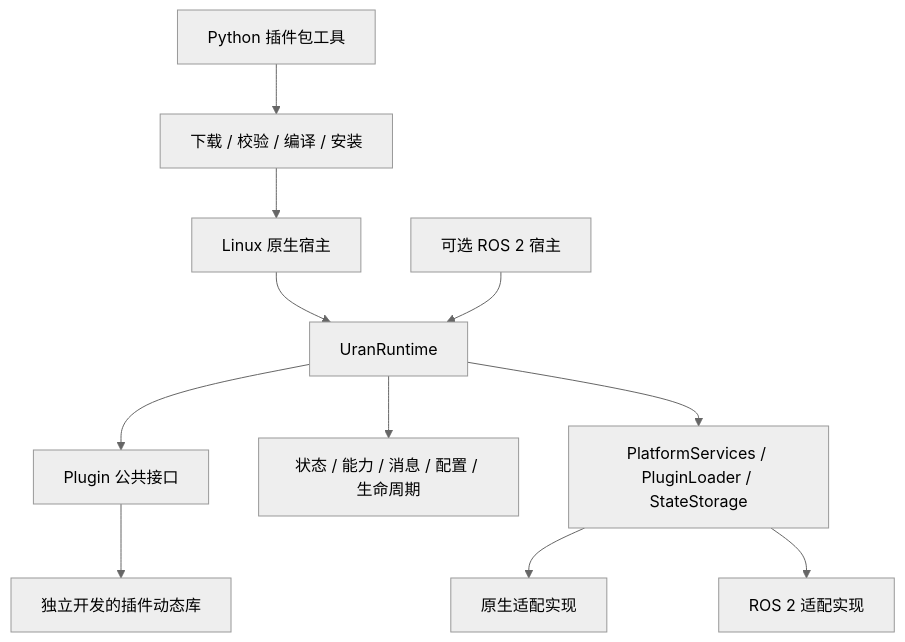
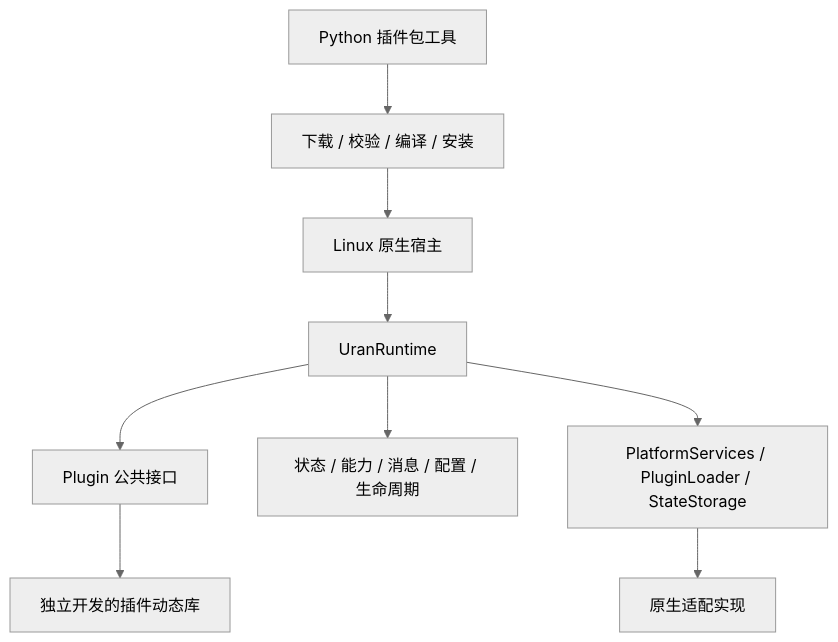
One commit to bi-zx/uran_framework changed the diagram in README.md. Above: the diagram before and after it, drawn with Mermaid (neutral theme). The commit also changed other lines of this file and 70 other files, not shown here.

````diff
--- a/README.md
+++ b/README.md
@@ -7,13 +7,11 @@
 ```mermaid
 flowchart TB
   N[Linux 原生宿主] --> R[UranRuntime]
-  ROS[可选 ROS 2 宿主] --> R
   R --> P[Plugin 公共接口]
   R --> S[状态 / 能力 / 消息 / 配置 / 生命周期]
   R --> A[PlatformServices / PluginLoader / StateStorage]
   A --> NATIVE[原生适配实现]
-  A --> ROSA[ROS 2 适配实现]
   TOOL[Python 插件包工具] --> PKG[下载 / 校验 / 编译 / 安装]
   PKG --> N
   P --> EXT[独立开发的插件动态库]
 ```
````
